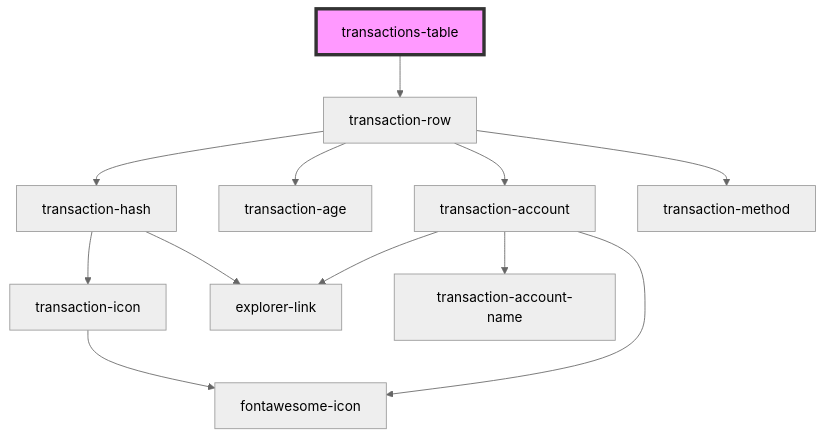
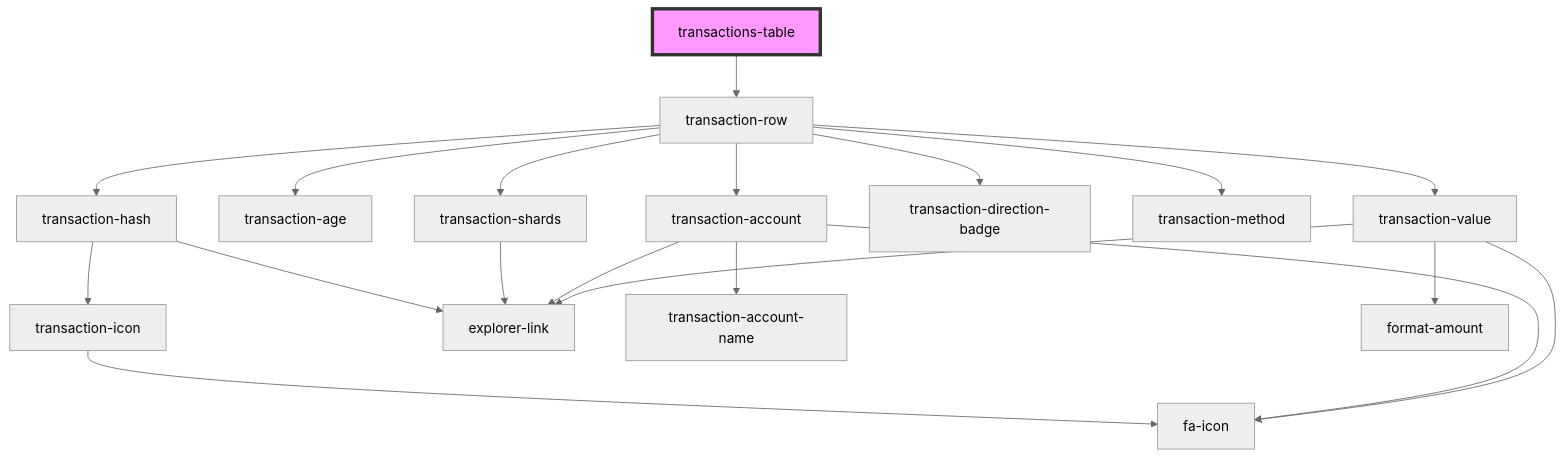
One commit to multiversx/mx-sdk-dapp-ui changed the diagram in src/components/transactions-table/readme.md. Above: the diagram before and after it, drawn with Mermaid (neutral theme). The commit also changed 56 other files, not shown here.

````diff
--- a/src/components/transactions-table/readme.md
+++ b/src/components/transactions-table/readme.md
@@ -23,15 +23,22 @@
 ```mermaid
 graph TD;
   transactions-table --> transaction-row
   transaction-row --> transaction-hash
   transaction-row --> transaction-age
+  transaction-row --> transaction-shards
   transaction-row --> transaction-account
+  transaction-row --> transaction-direction-badge
   transaction-row --> transaction-method
+  transaction-row --> transaction-value
   transaction-hash --> transaction-icon
   transaction-hash --> explorer-link
-  transaction-icon --> fontawesome-icon
-  transaction-account --> fontawesome-icon
+  transaction-icon --> fa-icon
+  transaction-shards --> explorer-link
+  transaction-account --> fa-icon
   transaction-account --> explorer-link
   transaction-account --> transaction-account-name
+  transaction-value --> format-amount
+  transaction-value --> explorer-link
+  transaction-value --> fa-icon
   style transactions-table fill:#f9f,stroke:#333,stroke-width:4px
 ```
````
